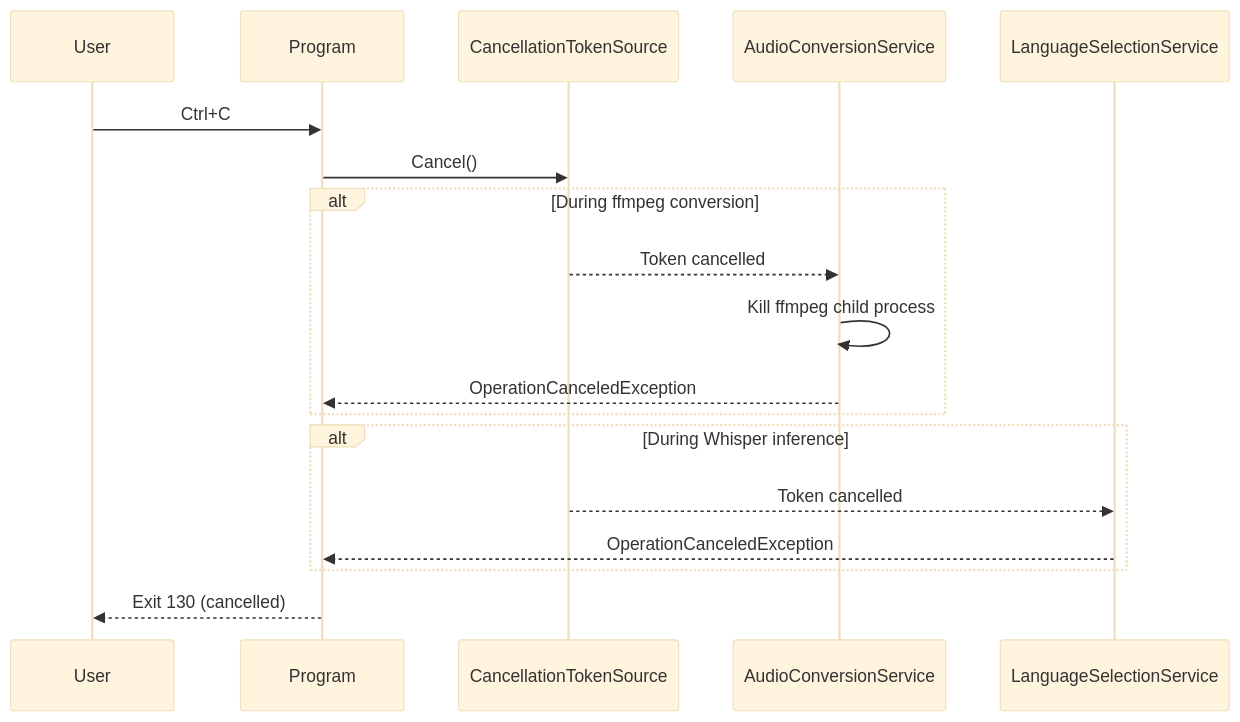
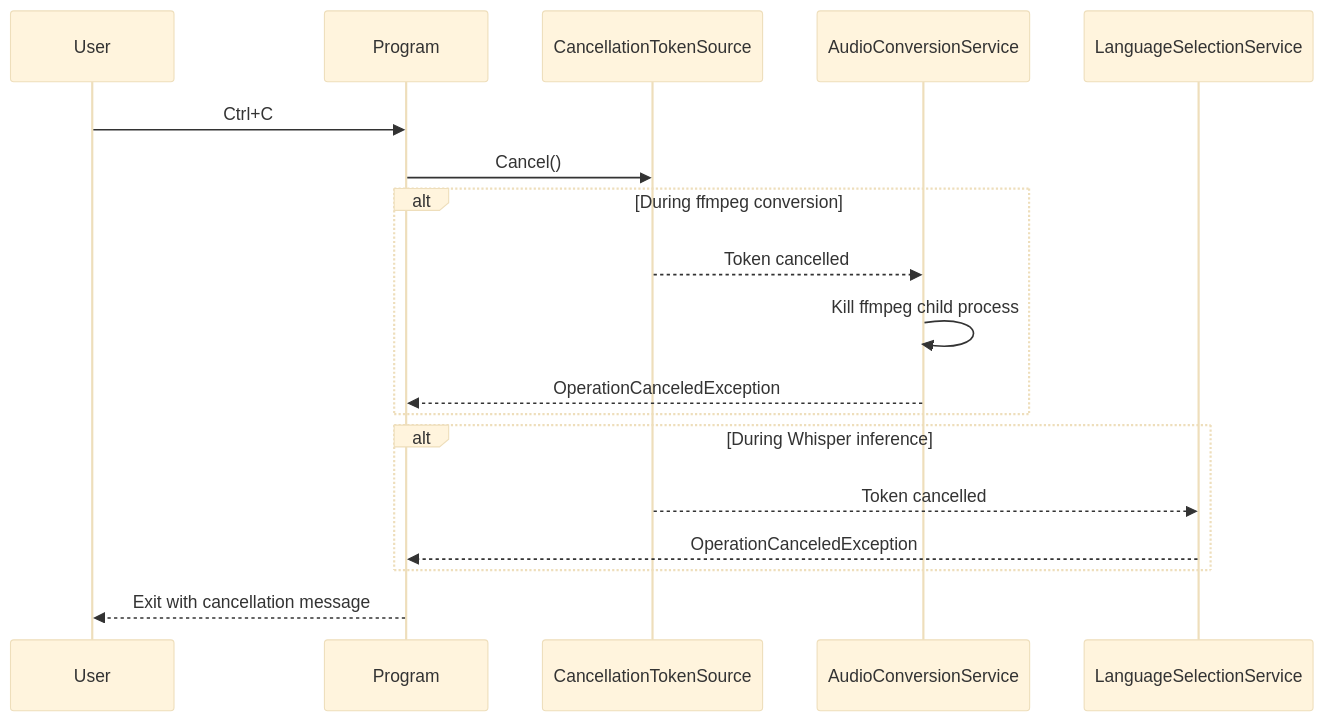
Before and after one commit to artemsemdev/VoxFlow: the third of 6 diagrams in docs/architecture/04-runtime-sequences.md, drawn with Mermaid (base theme). The commit also changed other lines of this file and 12 other files, not shown here.

````diff
--- a/docs/architecture/04-runtime-sequences.md
+++ b/docs/architecture/04-runtime-sequences.md
@@ -113,24 +78,24 @@
 ```mermaid
 sequenceDiagram
     participant User
     participant Program
     participant CTS as CancellationTokenSource
     participant FFmpeg as AudioConversionService
     participant Lang as LanguageSelectionService
 
     User->>Program: Ctrl+C
     Program->>CTS: Cancel()
 
     alt During ffmpeg conversion
         CTS-->>FFmpeg: Token cancelled
         FFmpeg->>FFmpeg: Kill ffmpeg child process
         FFmpeg-->>Program: OperationCanceledException
     end
 
     alt During Whisper inference
         CTS-->>Lang: Token cancelled
         Lang-->>Program: OperationCanceledException
     end
 
-    Program-->>User: Exit 130 (cancelled)
+    Program-->>User: Exit with cancellation message
 ```
````
